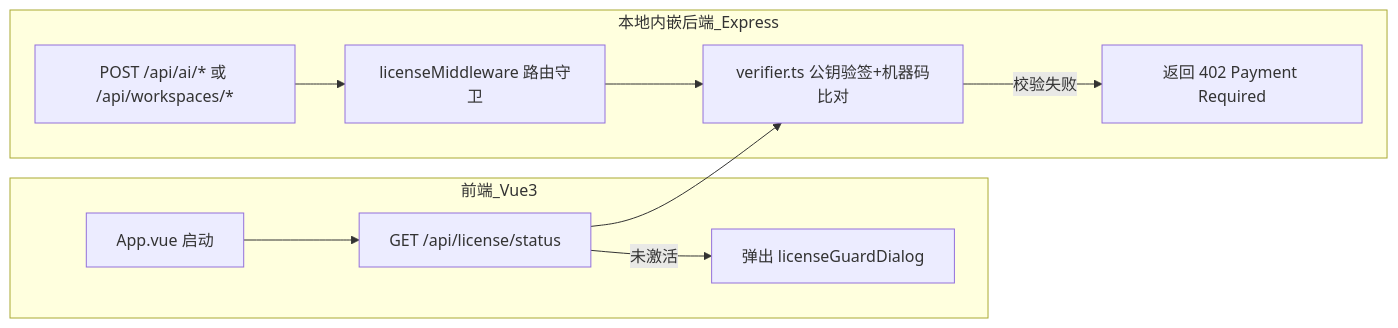
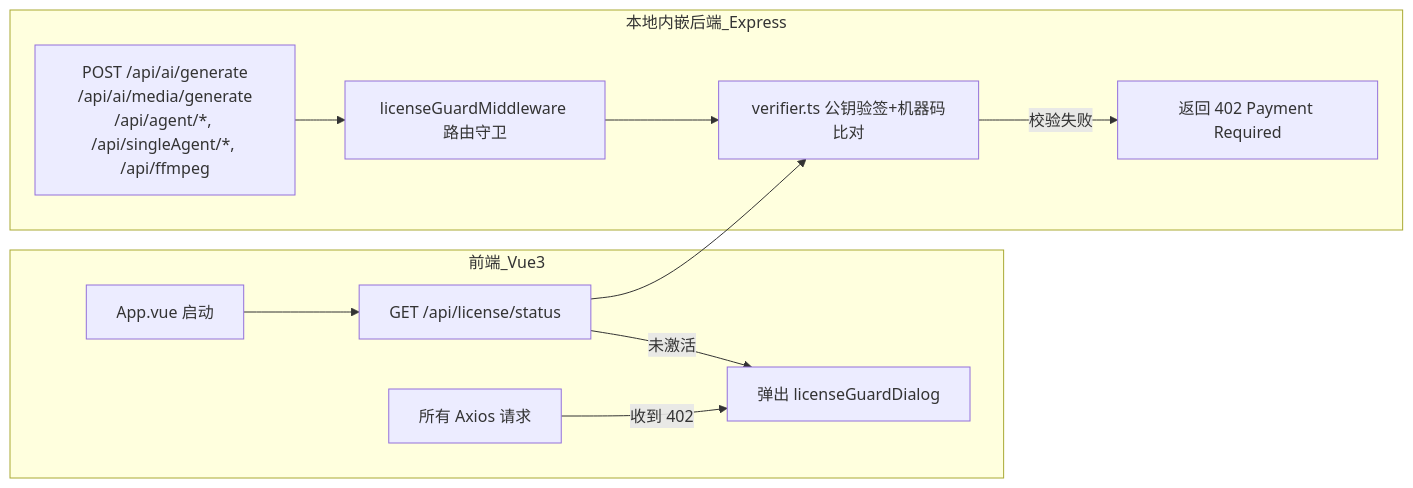
The diagram in requirement-doc/02_技术设计文档.md (jiang225638/DramaAi), drawn with Mermaid before and after one commit. The commit also changed other lines of this file and 10 other files, not shown here.

````diff
--- a/requirement-doc/02_技术设计文档.md
+++ b/requirement-doc/02_技术设计文档.md
@@ -131,13 +144,14 @@
 ```mermaid
 flowchart LR
     subgraph 前端_Vue3
         UI[App.vue 启动] --> CheckAPI[GET /api/license/status]
         CheckAPI -- 未激活 --> Dialog[弹出 licenseGuardDialog]
+        AnyReq[所有 Axios 请求] -- 收到 402 --> Dialog
     end
     subgraph 本地内嵌后端_Express
         CheckAPI --> Verifier[verifier.ts 公钥验签+机器码比对]
-        AIReq[POST /api/ai/* 或 /api/workspaces/*] --> GuardMW[licenseMiddleware 路由守卫]
+        AIReq["POST /api/ai/generate<br/>/api/ai/media/generate<br/>/api/agent/*, /api/singleAgent/*, /api/ffmpeg"] --> GuardMW[licenseGuardMiddleware 路由守卫]
         GuardMW --> Verifier
         Verifier -- 校验失败 --> Reject[返回 402 Payment Required]
     end
 ```
````
